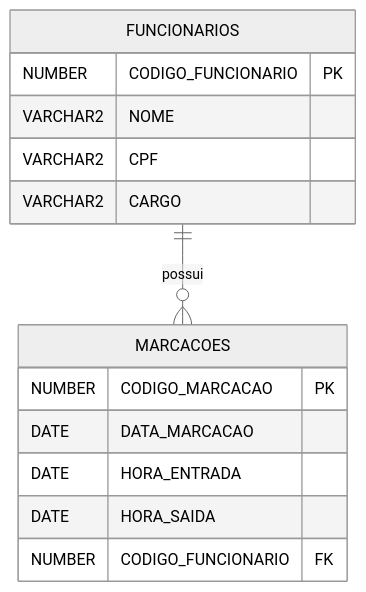
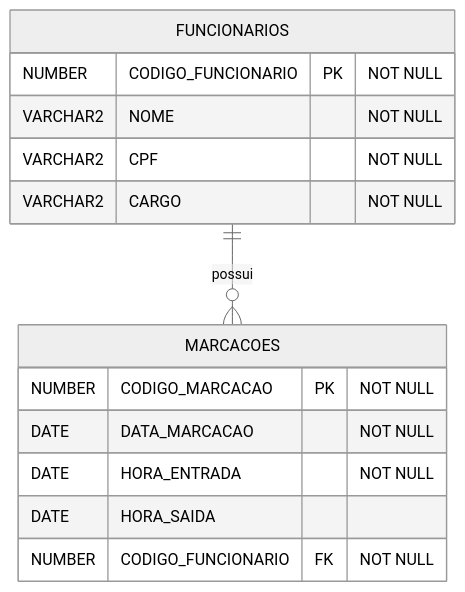
Before and after one commit to yasmim-luizds/sistema_de_pontos: the diagram in diagrams/diagramaLogicoRelacional.mmd, drawn with Mermaid (neutral theme). The commit also changed 1 other file, not shown here.

Commit message:
alterações diagramas

```diff
--- a/diagrams/diagramaLogicoRelacional.mmd
+++ b/diagrams/diagramaLogicoRelacional.mmd
@@ -1,17 +1,17 @@
 erDiagram
     FUNCIONARIOS {
-        NUMBER CODIGO_FUNCIONARIO PK
-        VARCHAR2 NOME
-        VARCHAR2 CPF
-        VARCHAR2 CARGO
+        NUMBER CODIGO_FUNCIONARIO PK "NOT NULL"
+        VARCHAR2 NOME "NOT NULL"
+        VARCHAR2 CPF "NOT NULL"
+        VARCHAR2 CARGO "NOT NULL"
     }
 
     MARCACOES {
-        NUMBER CODIGO_MARCACAO PK
-        DATE DATA_MARCACAO
-        DATE HORA_ENTRADA
+        NUMBER CODIGO_MARCACAO PK "NOT NULL"
+        DATE DATA_MARCACAO "NOT NULL"
+        DATE HORA_ENTRADA "NOT NULL"
         DATE HORA_SAIDA
-        NUMBER CODIGO_FUNCIONARIO FK
+        NUMBER CODIGO_FUNCIONARIO FK "NOT NULL"
     }
 
     FUNCIONARIOS ||--o{ MARCACOES : "possui"
```
